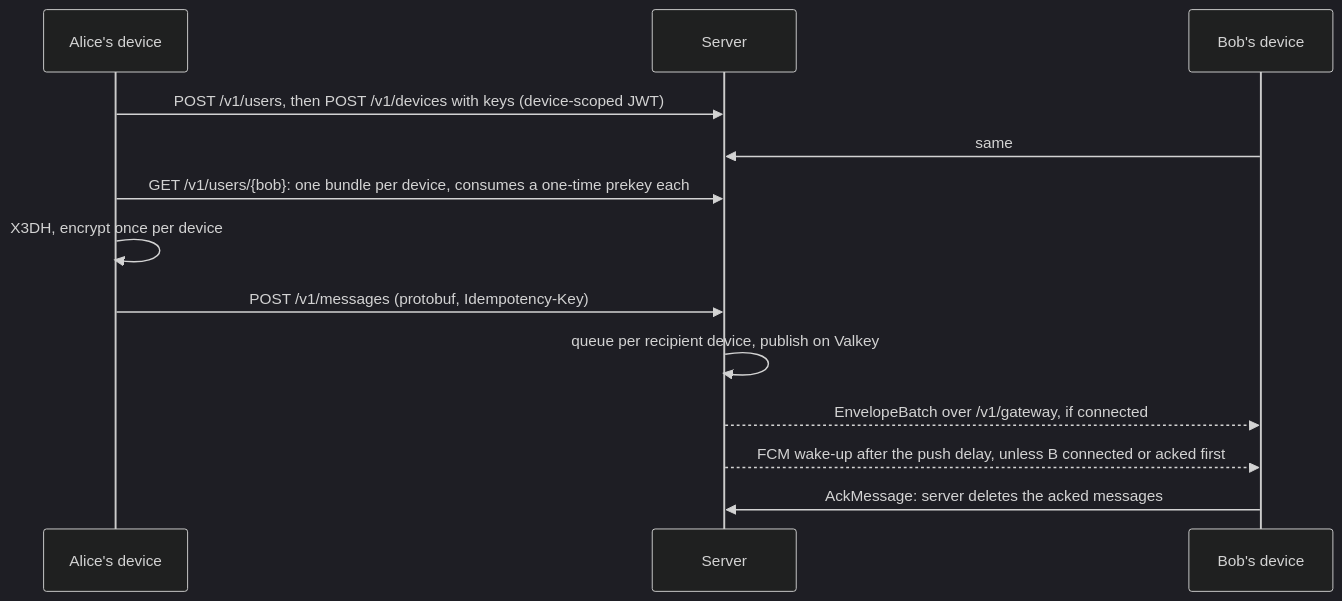
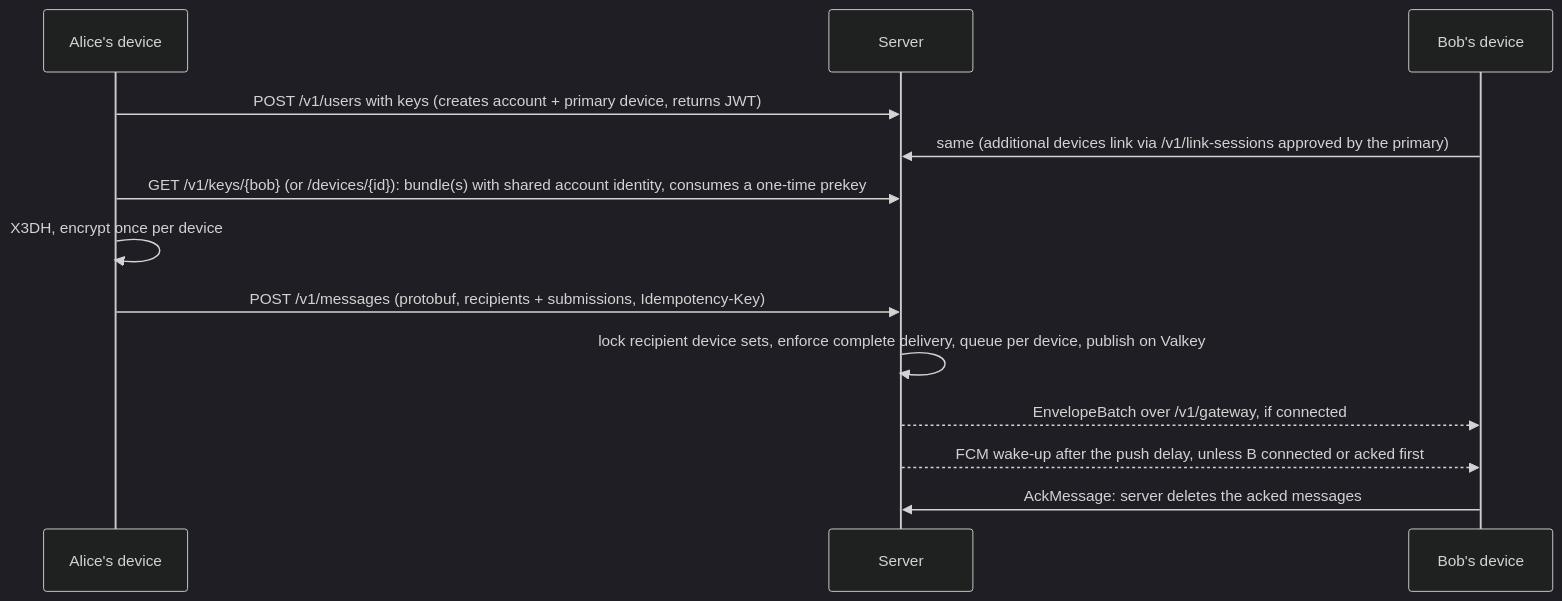
The diagram in docs/ARCHITECTURE.md (obscura-messaging/obscura-server), drawn with Mermaid (dark theme) before and after one commit. The commit also changed other lines of this file and 103 other files, not shown here.

First line of the commit message:
feat: one account identity, primary device, linking and complete delivery (#187)

````diff
--- a/docs/ARCHITECTURE.md
+++ b/docs/ARCHITECTURE.md
@@ -7,16 +7,16 @@
 ```mermaid
 sequenceDiagram
     participant A as Alice's device
     participant S as Server
     participant B as Bob's device
 
-    A->>S: POST /v1/users, then POST /v1/devices with keys (device-scoped JWT)
-    B->>S: same
-    A->>S: GET /v1/users/{bob}: one bundle per device, consumes a one-time prekey each
+    A->>S: POST /v1/users with keys (creates account + primary device, returns JWT)
+    B->>S: same (additional devices link via /v1/link-sessions approved by the primary)
+    A->>S: GET /v1/keys/{bob} (or /devices/{id}): bundle(s) with shared account identity, consumes a one-time prekey
     A->>A: X3DH, encrypt once per device
-    A->>S: POST /v1/messages (protobuf, Idempotency-Key)
-    S->>S: queue per recipient device, publish on Valkey
+    A->>S: POST /v1/messages (protobuf, recipients + submissions, Idempotency-Key)
+    S->>S: lock recipient device sets, enforce complete delivery, queue per device, publish on Valkey
     S-->>B: EnvelopeBatch over /v1/gateway, if connected
     S-->>B: FCM wake-up after the push delay, unless B connected or acked first
     B->>S: AckMessage: server deletes the acked messages
 ```
````
